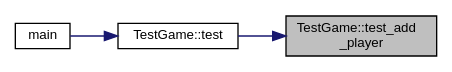
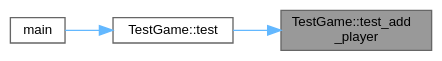
One commit to jesstyrrell/cosc345 changed the diagram in class_test_game_a832509695facca8c52d60125268a87c6_icgraph.dot. Above: the diagram before and after it, drawn with Graphviz. The commit also changed 284 other files, not shown here.

```diff
--- a/class_test_game_a832509695facca8c52d60125268a87c6_icgraph.dot
+++ b/class_test_game_a832509695facca8c52d60125268a87c6_icgraph.dot
@@ -1,13 +1,14 @@
 digraph "TestGame::test_add_player"
 {
  // INTERACTIVE_SVG=YES
  // LATEX_PDF_SIZE
-  edge [fontname="Helvetica",fontsize="10",labelfontname="Helvetica",labelfontsize="10"];
-  node [fontname="Helvetica",fontsize="10",shape=record];
+  bgcolor="transparent";
+  edge [fontname=Helvetica,fontsize=10,labelfontname=Helvetica,labelfontsize=10];
+  node [fontname=Helvetica,fontsize=10,shape=box,height=0.2,width=0.4];
   rankdir="RL";
-  Node1 [label="TestGame::test_add\l_player",height=0.2,width=0.4,color="black", fillcolor="grey75", style="filled", fontcolor="black",tooltip=" "];
-  Node1 -> Node2 [dir="back",color="midnightblue",fontsize="10",style="solid",fontname="Helvetica"];
-  Node2 [label="TestGame::test",height=0.2,width=0.4,color="black", fillcolor="white", style="filled",URL="$class_test_game.html#a482abbabaaa0f7eb7d067c663dde7bae",tooltip=" "];
-  Node2 -> Node3 [dir="back",color="midnightblue",fontsize="10",style="solid",fontname="Helvetica"];
-  Node3 [label="main",height=0.2,width=0.4,color="black", fillcolor="white", style="filled",URL="$test___game_8cpp.html#ae66f6b31b5ad750f1fe042a706a4e3d4",tooltip=" "];
+  Node1 [id="Node000001",label="TestGame::test_add\l_player",height=0.2,width=0.4,color="gray40", fillcolor="grey60", style="filled", fontcolor="black",tooltip=" "];
+  Node1 -> Node2 [id="edge1_Node000001_Node000002",dir="back",color="steelblue1",style="solid",tooltip=" "];
+  Node2 [id="Node000002",label="TestGame::test",height=0.2,width=0.4,color="grey40", fillcolor="white", style="filled",URL="$class_test_game.html#a482abbabaaa0f7eb7d067c663dde7bae",tooltip=" "];
+  Node2 -> Node3 [id="edge2_Node000002_Node000003",dir="back",color="steelblue1",style="solid",tooltip=" "];
+  Node3 [id="Node000003",label="main",height=0.2,width=0.4,color="grey40", fillcolor="white", style="filled",URL="$test___game_8cpp.html#ae66f6b31b5ad750f1fe042a706a4e3d4",tooltip=" "];
 }
```
